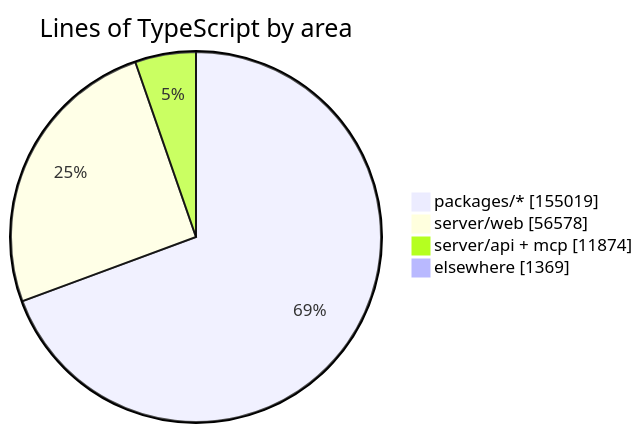
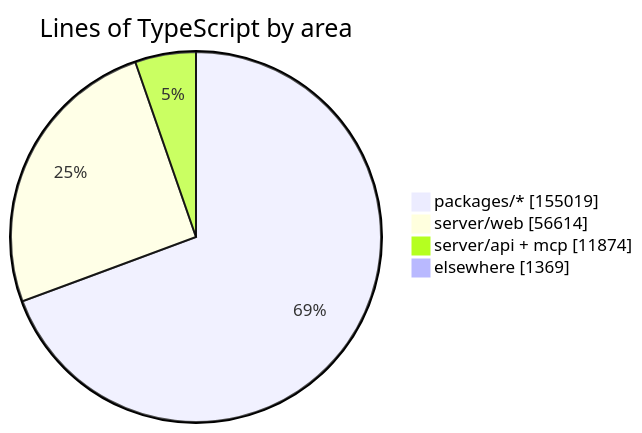
One commit to crossworks-engineering/mantle changed the diagram in README.md. Above: the diagram before and after it, drawn with Mermaid. The commit also changed other lines of this file and 2 other files, not shown here.

````diff
--- a/README.md
+++ b/README.md
@@ -279,7 +279,7 @@
 ```mermaid
 pie showData title Lines of TypeScript by area
     "packages/*" : 155019
-    "server/web" : 56578
+    "server/web" : 56614
     "server/api + mcp" : 11874
     "elsewhere" : 1369
 ```
````
